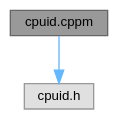
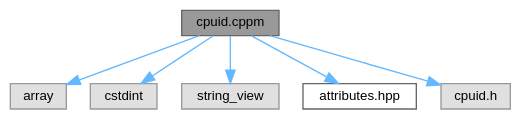
The diagram in cpuid_8cppm__incl.dot (ekmett/ein), drawn with Graphviz before and after one commit. The commit also changed 38 other files, not shown here.

```diff
--- a/cpuid_8cppm__incl.dot
+++ b/cpuid_8cppm__incl.dot
@@ -1,11 +1,19 @@
 digraph "cpuid.cppm"
 {
  // INTERACTIVE_SVG=YES
  // LATEX_PDF_SIZE
   bgcolor="transparent";
   edge [fontname=Helvetica,fontsize=10,labelfontname=Helvetica,labelfontsize=10];
   node [fontname=Helvetica,fontsize=10,shape=box,height=0.2,width=0.4];
   Node1 [id="Node000001",label="cpuid.cppm",height=0.2,width=0.4,color="gray40", fillcolor="grey60", style="filled", fontcolor="black",tooltip=" "];
   Node1 -> Node2 [id="edge1_Node000001_Node000002",color="steelblue1",style="solid",tooltip=" "];
-  Node2 [id="Node000002",label="cpuid.h",height=0.2,width=0.4,color="grey60", fillcolor="#E0E0E0", style="filled",tooltip=" "];
+  Node2 [id="Node000002",label="array",height=0.2,width=0.4,color="grey60", fillcolor="#E0E0E0", style="filled",tooltip=" "];
+  Node1 -> Node3 [id="edge2_Node000001_Node000003",color="steelblue1",style="solid",tooltip=" "];
+  Node3 [id="Node000003",label="cstdint",height=0.2,width=0.4,color="grey60", fillcolor="#E0E0E0", style="filled",tooltip=" "];
+  Node1 -> Node4 [id="edge3_Node000001_Node000004",color="steelblue1",style="solid",tooltip=" "];
+  Node4 [id="Node000004",label="string_view",height=0.2,width=0.4,color="grey60", fillcolor="#E0E0E0", style="filled",tooltip=" "];
+  Node1 -> Node5 [id="edge4_Node000001_Node000005",color="steelblue1",style="solid",tooltip=" "];
+  Node5 [id="Node000005",label="attributes.hpp",height=0.2,width=0.4,color="grey40", fillcolor="white", style="filled",URL="$attributes_8hpp.html",tooltip="an opinionated subset of clang/gcc attributes"];
+  Node1 -> Node6 [id="edge5_Node000001_Node000006",color="steelblue1",style="solid",tooltip=" "];
+  Node6 [id="Node000006",label="cpuid.h",height=0.2,width=0.4,color="grey60", fillcolor="#E0E0E0", style="filled",tooltip=" "];
 }
```
